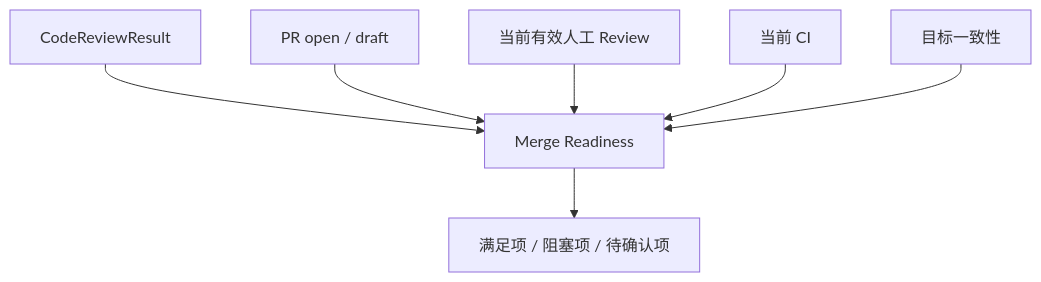
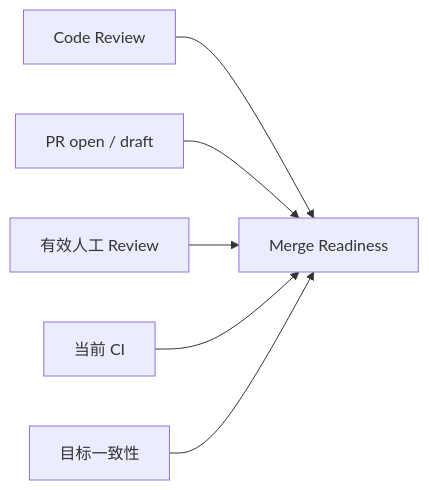
The eighth of 8 diagrams in docs/02-agent-topology-and-workflows.md (Arthur999459up/GitAgent), drawn with Mermaid before and after one commit. The commit also changed other lines of this file and 15 other files, not shown here.

````diff
--- a/docs/02-agent-topology-and-workflows.md
+++ b/docs/02-agent-topology-and-workflows.md
@@ -237,9 +217,8 @@
 ```mermaid
-flowchart TD
-    C[CodeReviewResult] --> M[Merge Readiness]
+flowchart LR
+    C[Code Review] --> M[Merge Readiness]
     P[PR open / draft] --> M
-    H[当前有效人工 Review] --> M
-    CI[当前 CI] --> M
+    H[有效人工 Review] --> M
+    I[当前 CI] --> M
     G[目标一致性] --> M
-    M --> S[满足项 / 阻塞项 / 待确认项]
 ```
````
